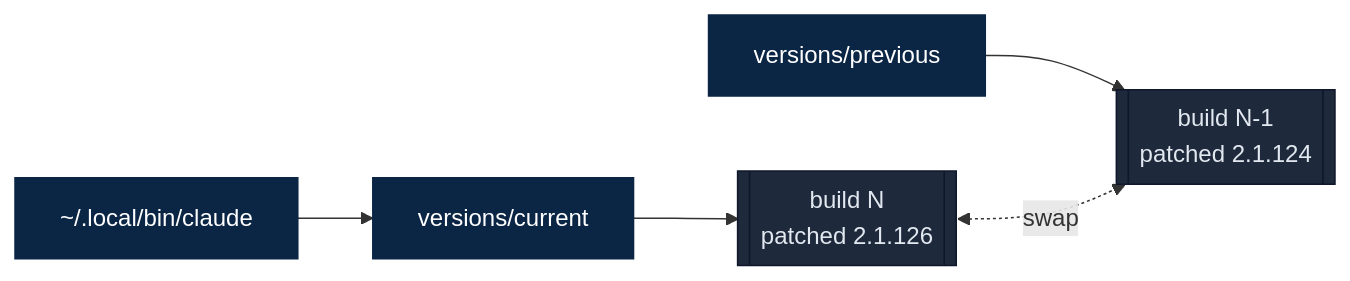
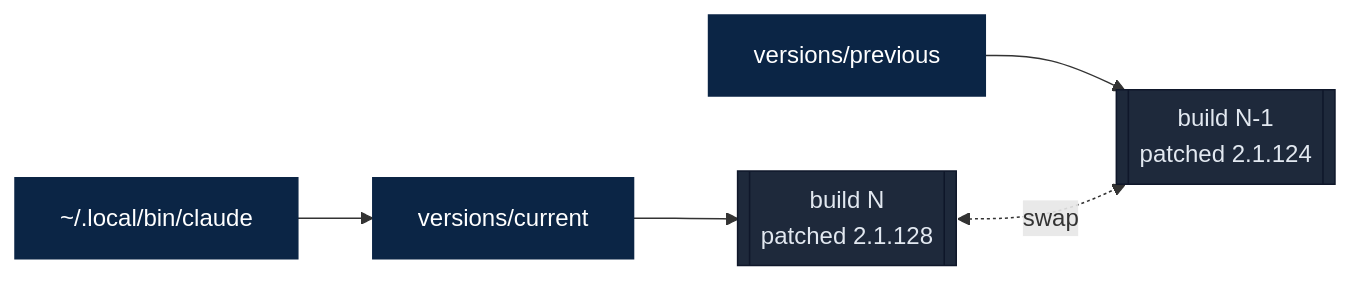
The second of 3 diagrams in README.md (camjac251/cc-enhanced), drawn with Mermaid before and after one commit. The commit also changed other lines of this file and 8 other files, not shown here.

````diff
--- a/README.md
+++ b/README.md
@@ -70,13 +70,13 @@
 ```mermaid
 flowchart LR
     Launcher["~/.local/bin/claude"] --> Current["versions/current"]
     Previous["versions/previous"]
-    Current --> NewBuild[["build N<br/>patched 2.1.126"]]
+    Current --> NewBuild[["build N<br/>patched 2.1.128"]]
     Previous --> OldBuild[["build N-1<br/>patched 2.1.124"]]
     NewBuild <-. swap .-> OldBuild
 
     classDef sym fill:#0b2545,stroke:#0b2545,color:#fff
     classDef build fill:#1e293b,stroke:#0f172a,color:#e2e8f0
     class Launcher,Current,Previous sym
     class NewBuild,OldBuild build
 ```
````
